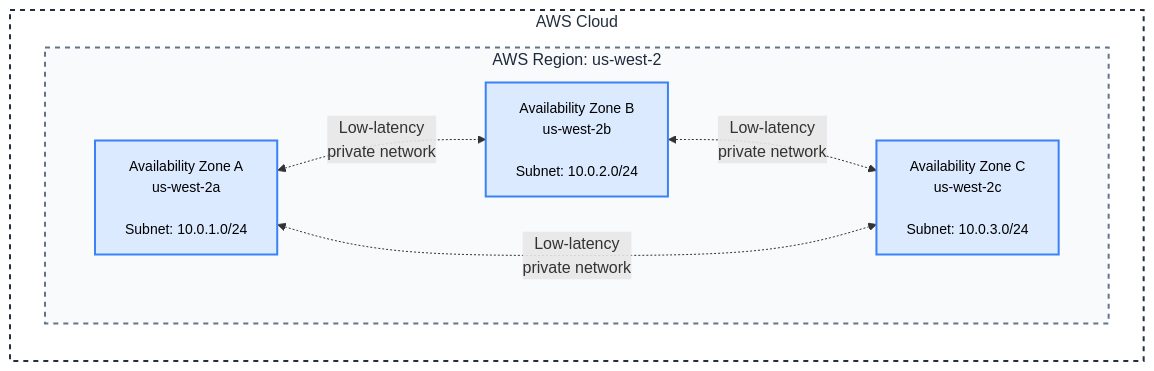
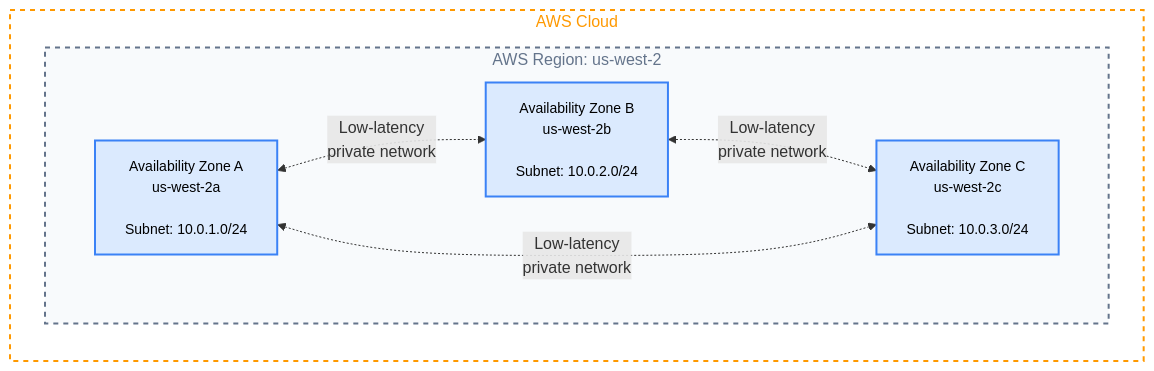
The diagram in content/foundation/regions-azs.md (aws/aws-networking-best-practices), drawn with Mermaid before and after one commit. The commit also changed 2 other files, not shown here.

Commit message:
Fix diagram visibility in dark theme
Changed AWS Cloud/Region boundary boxes from dark gray (#232f3e) to AWS orange (#ff9900) for visibility in dark theme. Updated in:
- vpc.md
- subnets.md
- regions-azs.md

Also updated Region text color to gray (#64748b) in regions-azs.md for better contrast.

````diff
--- a/content/foundation/regions-azs.md
+++ b/content/foundation/regions-azs.md
@@ -5,20 +5,20 @@
 ``` mermaid
 graph LR
     subgraph AWS["AWS Cloud"]
         subgraph Region["AWS Region: us-west-2"]
             AZ1["Availability Zone A<br/>us-west-2a<br/><br/>Subnet: 10.0.1.0/24"]
             AZ2["Availability Zone B<br/>us-west-2b<br/><br/>Subnet: 10.0.2.0/24"]
             AZ3["Availability Zone C<br/>us-west-2c<br/><br/>Subnet: 10.0.3.0/24"]
         end
     end
     
     AZ1 <-."Low-latency<br/>private network".-> AZ2
     AZ2 <-."Low-latency<br/>private network".-> AZ3
     AZ1 <-."Low-latency<br/>private network".-> AZ3
     
-    style AWS fill:none,stroke:#232f3e,stroke-width:2px,stroke-dasharray:5 5,color:#232f3e
-    style Region fill:#f8fafc,stroke:#64748b,stroke-width:2px,stroke-dasharray:5 5,color:#1e293b,font-size:16px
+    style AWS fill:none,stroke:#ff9900,stroke-width:2px,stroke-dasharray:5 5,color:#ff9900
+    style Region fill:#f8fafc,stroke:#64748b,stroke-width:2px,stroke-dasharray:5 5,color:#64748b,font-size:16px
     style AZ1 fill:#dbeafe,stroke:#3b82f6,stroke-width:2px,color:#000,font-size:14px
     style AZ2 fill:#dbeafe,stroke:#3b82f6,stroke-width:2px,color:#000,font-size:14px
     style AZ3 fill:#dbeafe,stroke:#3b82f6,stroke-width:2px,color:#000,font-size:14px
 ```
````
